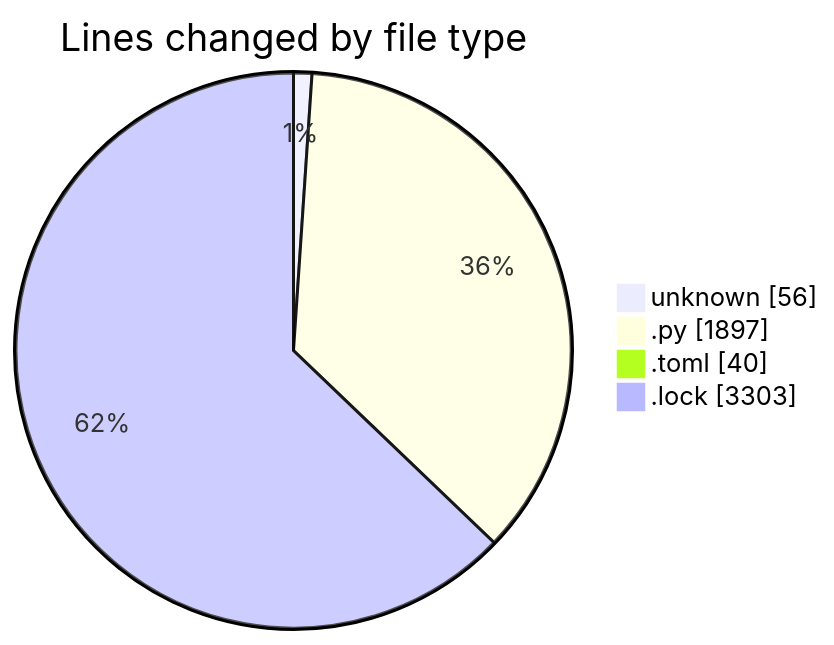
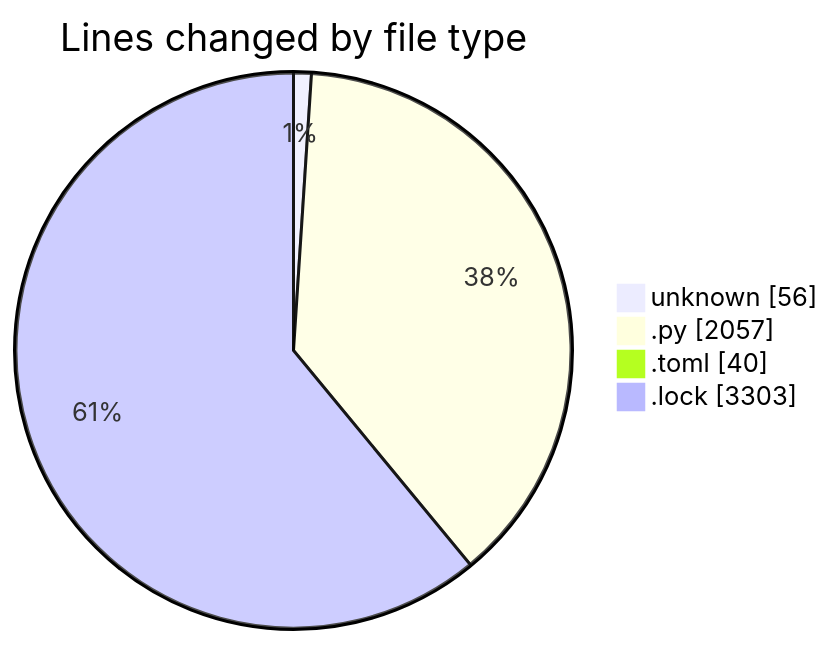
One commit to julien-gomy/code-tracking changed the first of 2 diagrams in 2025-11-26/eventscop-api-guide__workspace_/README.md. Above: the diagram before and after it, drawn with Mermaid. The commit also changed other lines of this file and 1 other file, not shown here.

````diff
--- a/2025-11-26/eventscop-api-guide__workspace_/README.md
+++ b/2025-11-26/eventscop-api-guide__workspace_/README.md
@@ -27,8 +27,8 @@
 ```mermaid
 pie showData
 title Lines changed by file type
 "unknown" : 56
-".py" : 1897
+".py" : 2057
 ".toml" : 40
 ".lock" : 3303
 ```
````
